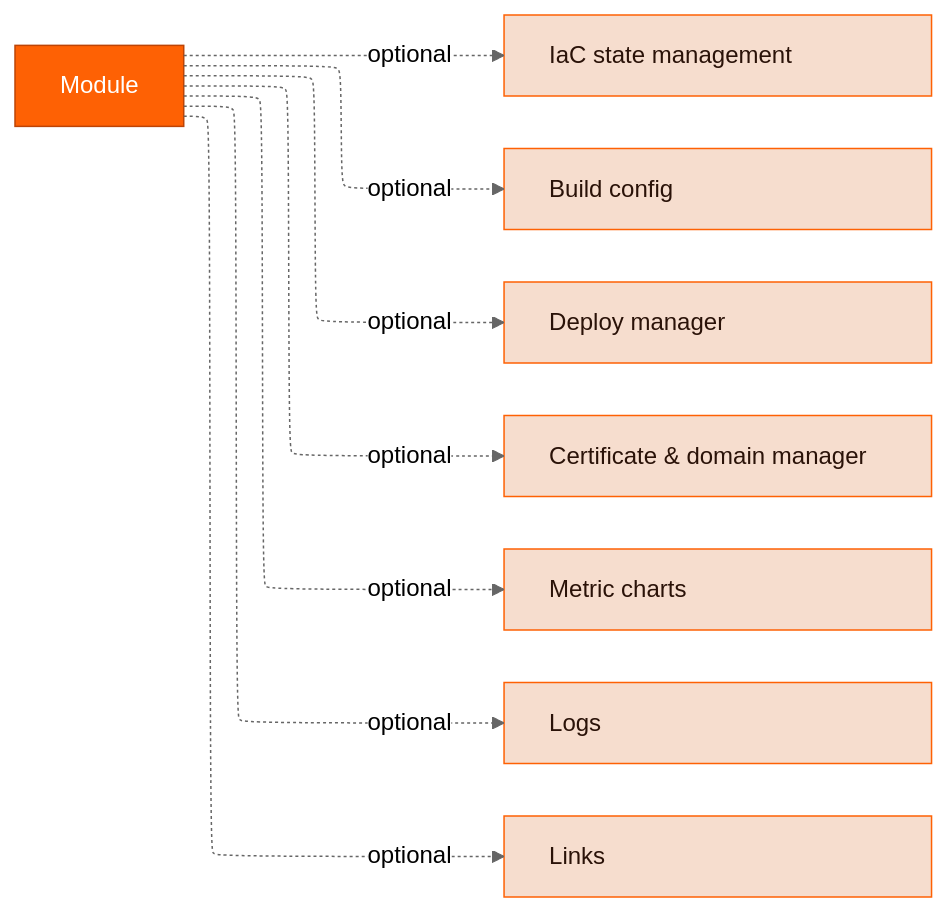
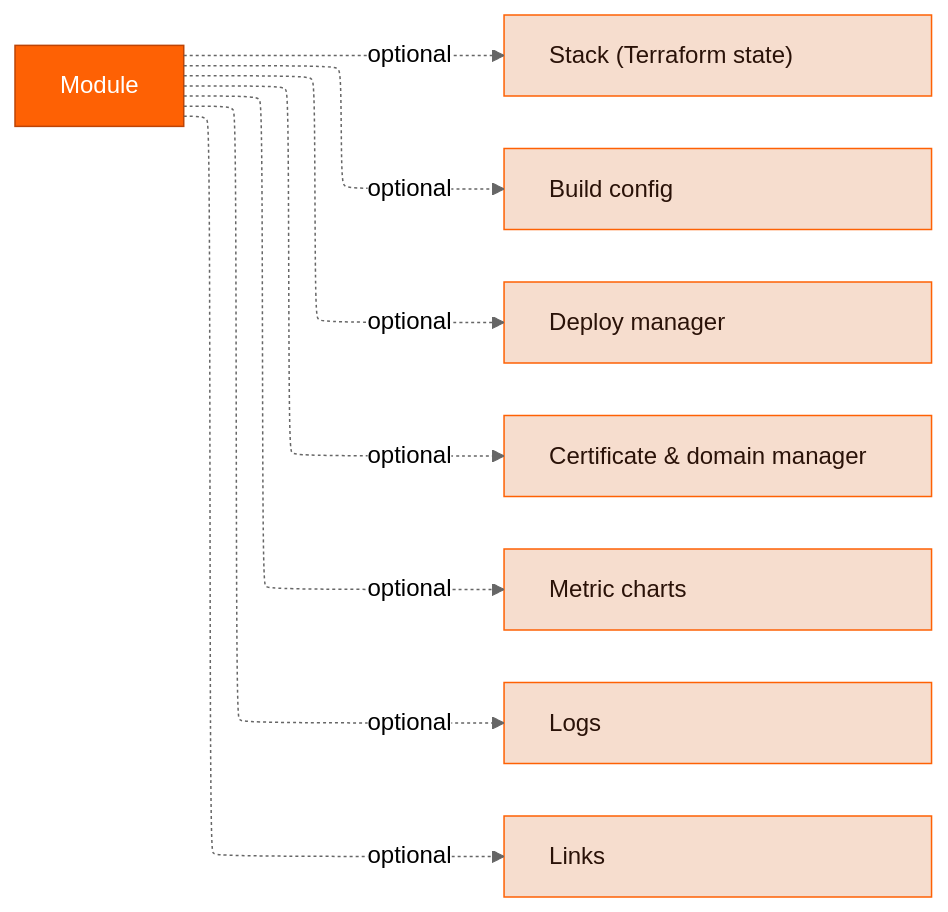
One commit to flightcontrolhq/docs changed the first of 2 diagrams in snippets/modules/overview.mdx. Above: the diagram before and after it, drawn with Mermaid (neutral theme). The commit also changed other lines of this file and 18 other files, not shown here.

````diff
--- a/snippets/modules/overview.mdx
+++ b/snippets/modules/overview.mdx
@@ -5,24 +5,24 @@
 ```mermaid
 %%{init: {'flowchart': {'defaultRenderer': 'elk'}}}%%
 flowchart LR
-  Module[Module] -. optional .-> IaCState["<div style='width: 225px; text-align: left;'>IaC state management</div>"]
+  Module[Module] -. optional .-> IaCState["<div style='width: 225px; text-align: left;'>Stack (Terraform state)</div>"]
   Module -. optional .-> BuildConfig["<div style='width: 225px; text-align: left;'>Build config</div>"]
   Module -. optional .-> DeployManager["<div style='width: 225px; text-align: left;'>Deploy manager</div>"]
   Module -. optional .-> CertificateDomain["<div style='width: 225px; text-align: left;'>Certificate & domain manager</div>"]
   Module -. optional .-> MetricCharts["<div style='width: 225px; text-align: left;'>Metric charts</div>"]
   Module -. optional .-> Logs["<div style='width: 225px; text-align: left;'>Logs</div>"]
   Module -. optional .-> Links["<div style='width: 225px; text-align: left;'>Links</div>"]
 
   class Module container
   class IaCState,BuildConfig,DeployManager,CertificateDomain,MetricCharts,Logs,Links module
 
   classDef container fill:#FE6104,stroke:#BD4406,color:#fff
   classDef module fill:#F6DDCE,stroke:#FE6104,color:#2a1208
 
   click IaCState "/modules/stack" "Open stack docs"
   click BuildConfig "/modules/build" "Open build docs"
   click DeployManager "/modules/deploy" "Open deploy docs"
   click CertificateDomain "/modules/deploy" "Open deploy docs"
   click MetricCharts "/modules/metrics" "Open metrics docs"
   click Logs "/modules/logs" "Open logs docs"
 ```
````
